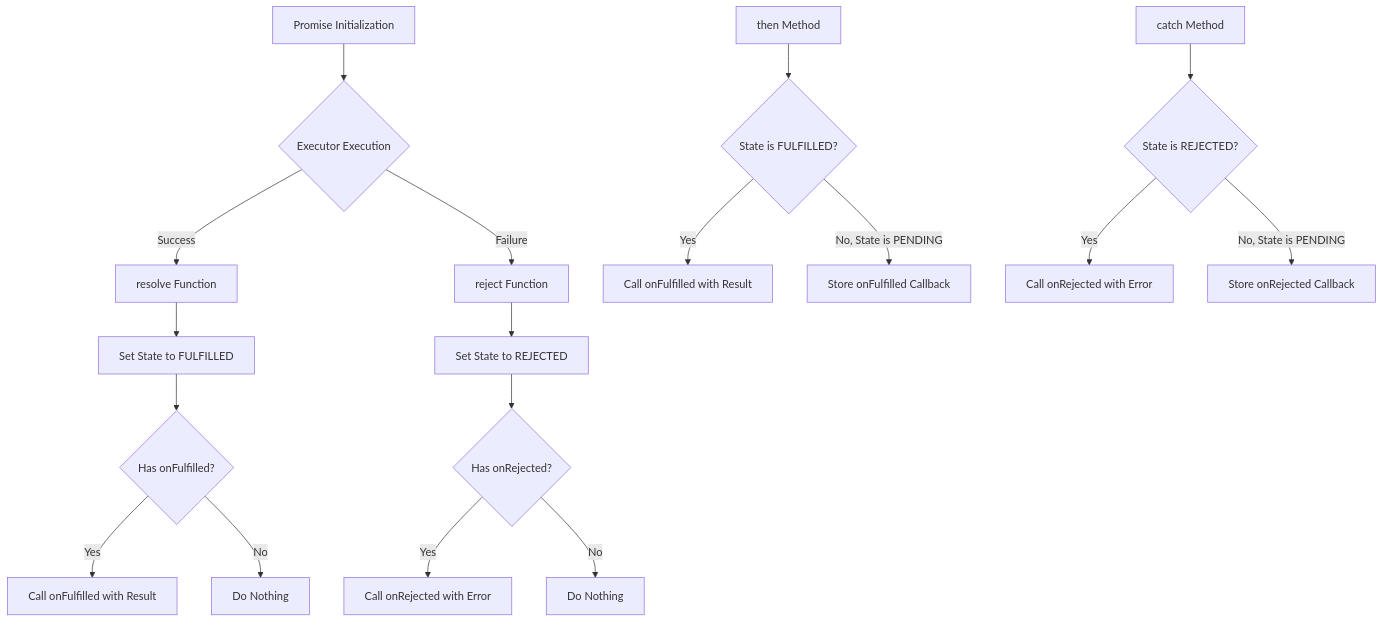
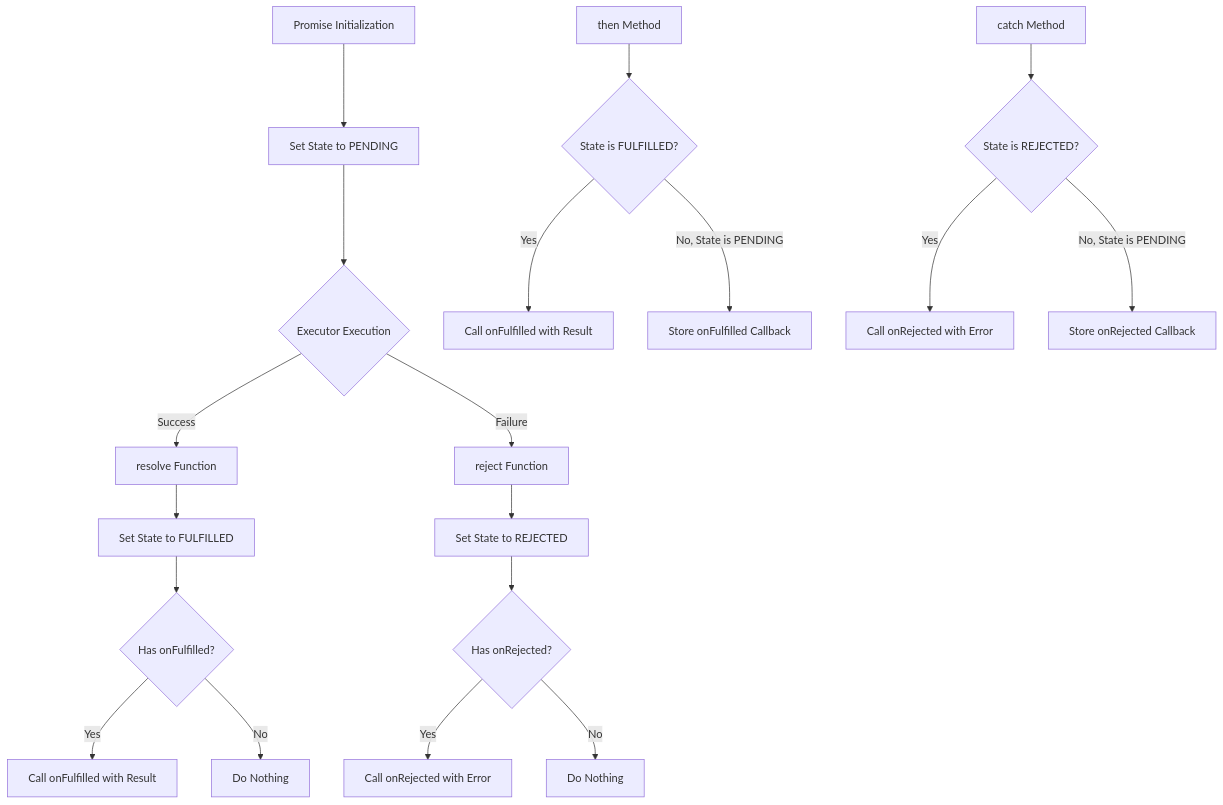
Before and after one commit to juanchoclasses/promises-typescript-public: the diagram in README.md, drawn with Mermaid. The commit also changed 1 other file, not shown here.

Commit message:
added state initialization

````diff
--- a/README.md
+++ b/README.md
@@ -10,24 +10,25 @@
 ```mermaid
 flowchart TD
-A[Promise Initialization] --> B{Executor Execution}
-B -->|Success| C[resolve Function]
-B -->|Failure| D[reject Function]
+ A[Promise Initialization] --> B[Set State to PENDING]
+B --> C{Executor Execution}
+C -->|Success| D[resolve Function]
+C -->|Failure| E[reject Function]
 
-C --> E[Set State to FULFILLED]
-E --> F{Has onFulfilled?}
-F -->|Yes| G[Call onFulfilled with Result]
-F -->|No| H[Do Nothing]
+D --> F[Set State to FULFILLED]
+F --> G{Has onFulfilled?}
+G -->|Yes| H[Call onFulfilled with Result]
+G -->|No| I[Do Nothing]
 
-D --> I[Set State to REJECTED]
-I --> J{Has onRejected?}
-J -->|Yes| K[Call onRejected with Error]
-J -->|No| L[Do Nothing]
+E --> J[Set State to REJECTED]
+J --> K{Has onRejected?}
+K -->|Yes| L[Call onRejected with Error]
+K -->|No| M[Do Nothing]
 
-M[then Method] --> N{State is FULFILLED?}
-N -->|Yes| O[Call onFulfilled with Result]
-N -->|No, State is PENDING| P[Store onFulfilled Callback]
+N[then Method] --> O{State is FULFILLED?}
+O -->|Yes| P[Call onFulfilled with Result]
+O -->|No, State is PENDING| Q[Store onFulfilled Callback]
 
-Q[catch Method] --> R{State is REJECTED?}
-R -->|Yes| S[Call onRejected with Error]
-R -->|No, State is PENDING| T[Store onRejected Callback]
+R[catch Method] --> S{State is REJECTED?}
+S -->|Yes| T[Call onRejected with Error]
+S -->|No, State is PENDING| U[Store onRejected Callback]
 ```
````
